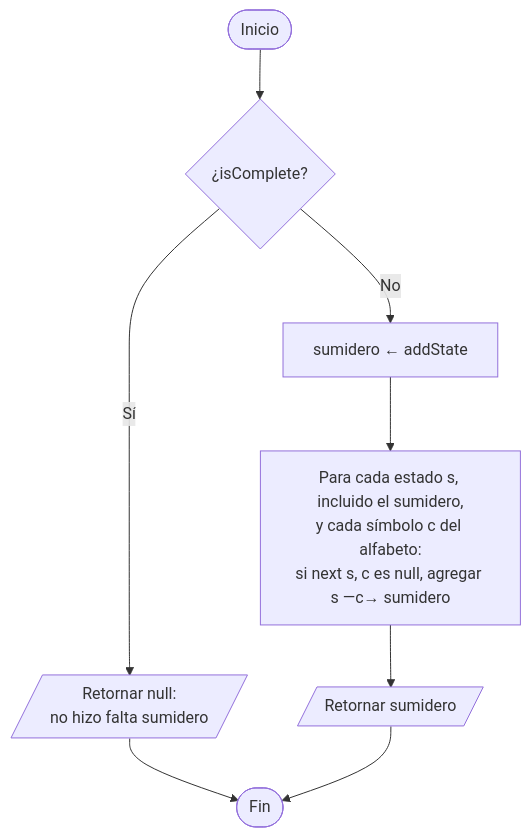
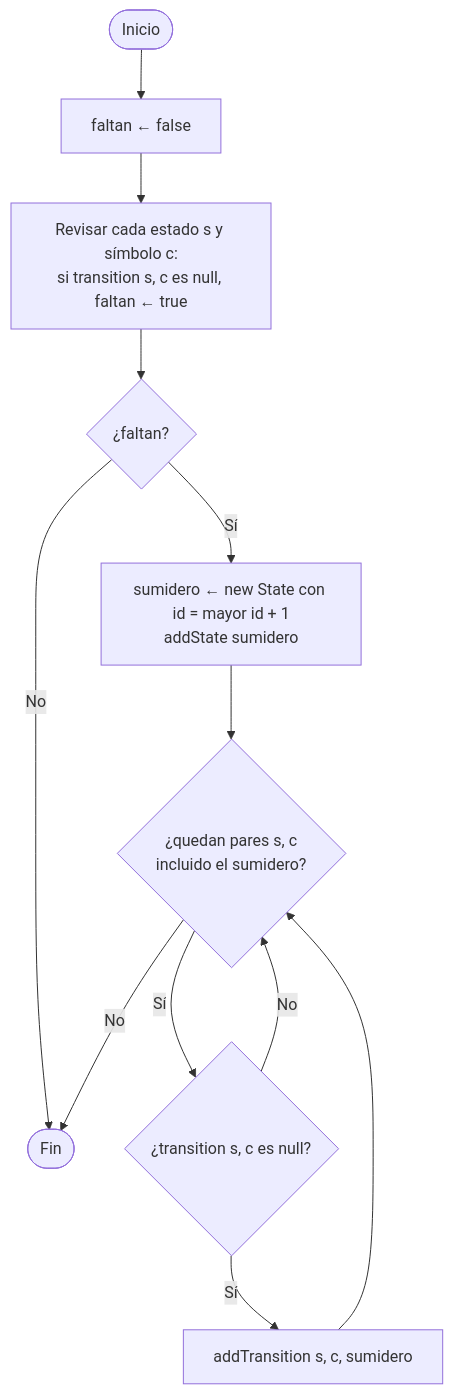
Before and after one commit to Leosanlo30/RegEx-to-DFA-Visualizer: the ninth of 9 diagrams in docs/diagramas/07-modelo-automatas.md, drawn with Mermaid. The commit also changed other lines of this file and 10 other files, not shown here.

Commit message:
docs: alinear diagramas de flujo con UML.md y REQUIREMENTS.md

````diff
--- a/docs/diagramas/07-modelo-automatas.md
+++ b/docs/diagramas/07-modelo-automatas.md
@@ -199,10 +130,14 @@
 ```mermaid
 flowchart TD
-    A([Inicio]) --> B{¿isComplete?}
-    B -- Sí --> N[/Retornar null:<br/>no hizo falta sumidero/]
-    B -- No --> C[sumidero ← addState]
-    C --> D[Para cada estado s, incluido el sumidero,<br/>y cada símbolo c del alfabeto:<br/>si next s, c es null, agregar s —c→ sumidero]
-    D --> E[/Retornar sumidero/]
-    N --> Z([Fin])
-    E --> Z
+    A([Inicio]) --> B[faltan ← false]
+    B --> C[Revisar cada estado s y símbolo c:<br/>si transition s, c es null, faltan ← true]
+    C --> D{¿faltan?}
+    D -- No --> Z([Fin])
+    D -- Sí --> E[sumidero ← new State con id = mayor id + 1<br/>addState sumidero]
+    E --> F{¿quedan pares s, c<br/>incluido el sumidero?}
+    F -- No --> Z
+    F -- Sí --> G{¿transition s, c es null?}
+    G -- Sí --> H[addTransition s, c, sumidero]
+    G -- No --> F
+    H --> F
 ```
````
